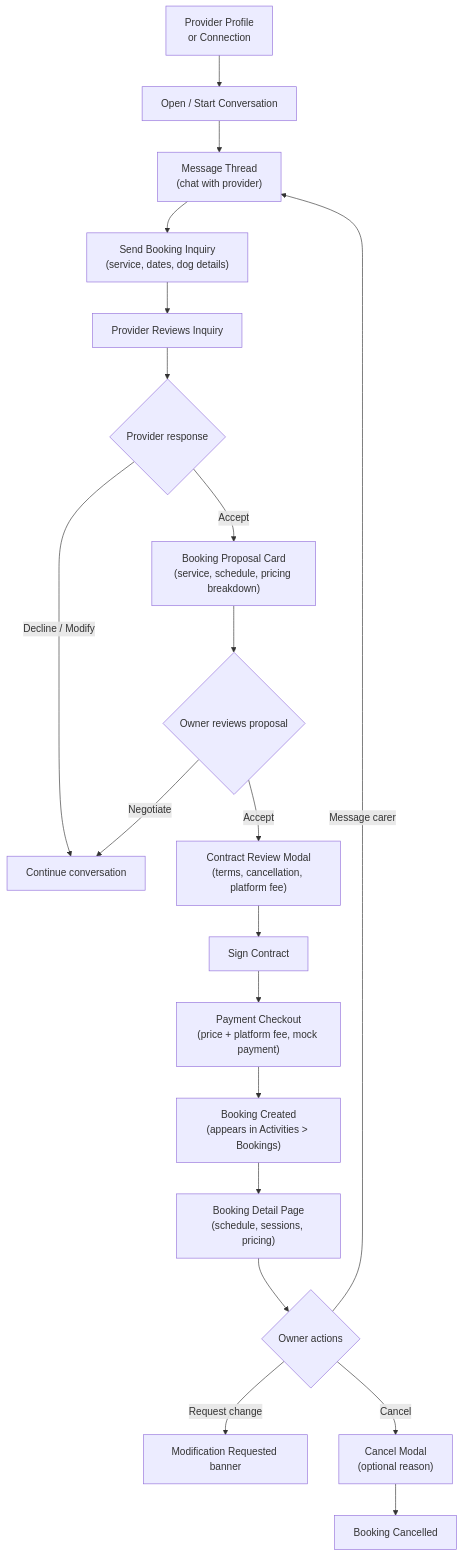
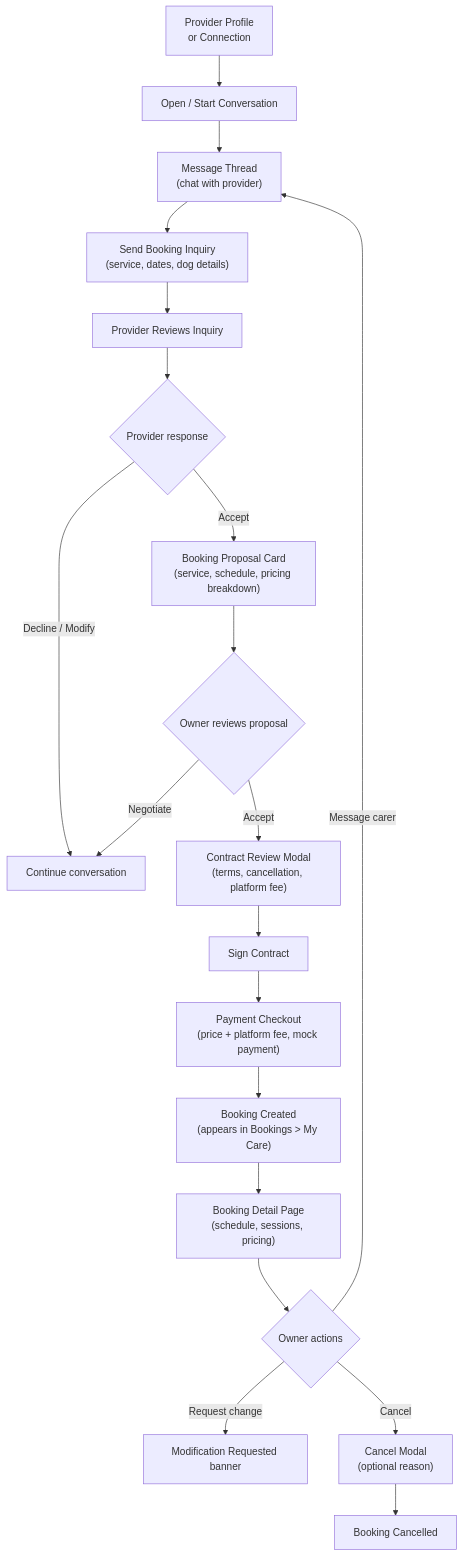
Before and after one commit to ShawnTalvacchia/doggo: the diagram in docs/flows/booking-conversation.md, drawn with Mermaid. The commit also changed other lines of this file and 48 other files, not shown here.

````diff
--- a/docs/flows/booking-conversation.md
+++ b/docs/flows/booking-conversation.md
@@ -10,22 +10,22 @@
 ```mermaid
 flowchart TD
     A["Provider Profile\nor Connection"] --> B["Open / Start Conversation"]
     B --> C["Message Thread\n(chat with provider)"]
     C --> D["Send Booking Inquiry\n(service, dates, dog details)"]
     D --> E["Provider Reviews Inquiry"]
     E --> F{"Provider response"}
     F -->|Accept| G["Booking Proposal Card\n(service, schedule, pricing breakdown)"]
     F -->|Decline / Modify| H["Continue conversation"]
     G --> I{"Owner reviews proposal"}
     I -->|Accept| J["Contract Review Modal\n(terms, cancellation, platform fee)"]
     I -->|Negotiate| H
     J --> K["Sign Contract"]
     K --> L["Payment Checkout\n(price + platform fee, mock payment)"]
-    L --> M["Booking Created\n(appears in Activities > Bookings)"]
+    L --> M["Booking Created\n(appears in Bookings > My Care)"]
     M --> N["Booking Detail Page\n(schedule, sessions, pricing)"]
     N --> O{"Owner actions"}
     O -->|Message carer| C
     O -->|Request change| P["Modification Requested banner"]
     O -->|Cancel| Q["Cancel Modal\n(optional reason)"]
     Q --> R["Booking Cancelled"]
 ```
````
